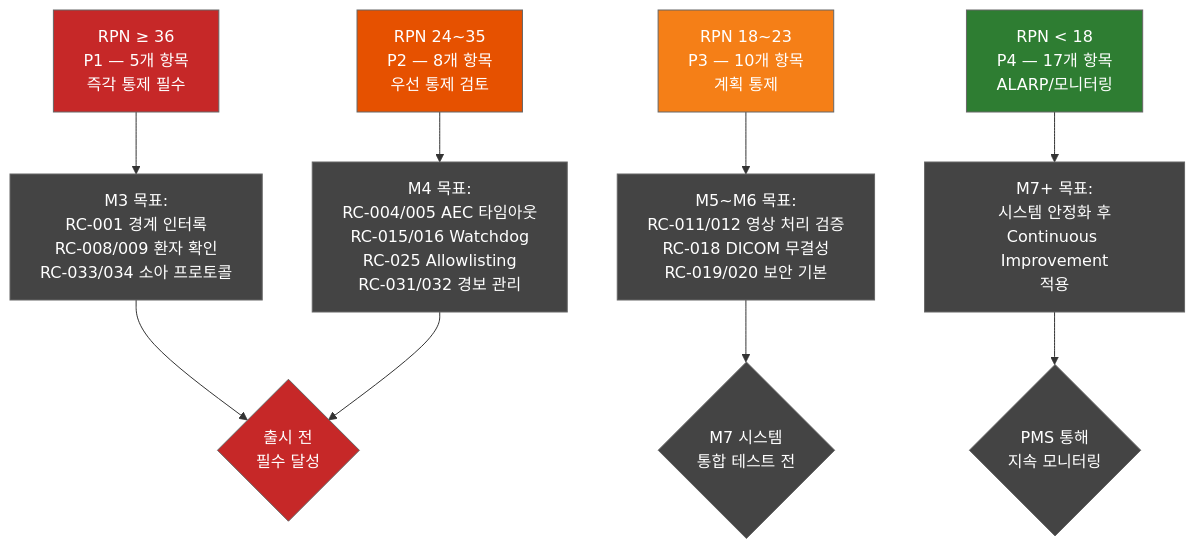
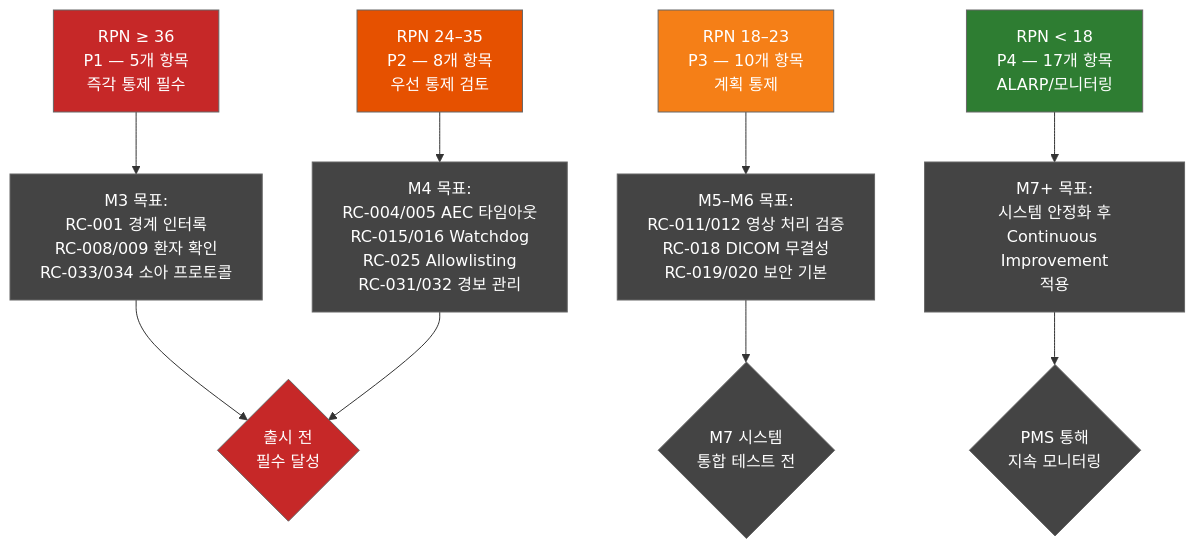
One commit to holee9/console-gui changed the tenth of 11 diagrams in docs/risk/DOC-009_FMEA_v1.0.md. Above: the diagram before and after it, drawn with Mermaid. The commit also changed other lines of this file and 39 other files, not shown here.

````diff
--- a/docs/risk/DOC-009_FMEA_v1.0.md
+++ b/docs/risk/DOC-009_FMEA_v1.0.md
@@ -735,22 +735,22 @@
 ```mermaid
 flowchart TD
     classDef default fill:#444,stroke:#666,color:#fff
     A["RPN ≥ 36\nP1 — 5개 항목\n즉각 통제 필수"] --> B["M3 목표:\nRC-001 경계 인터록\nRC-008/009 환자 확인\nRC-033/034 소아 프로토콜"]
 
-    C["RPN 24~35\nP2 — 8개 항목\n우선 통제 검토"] --> D["M4 목표:\nRC-004/005 AEC 타임아웃\nRC-015/016 Watchdog\nRC-025 Allowlisting\nRC-031/032 경보 관리"]
+    C["RPN 24–35\nP2 — 8개 항목\n우선 통제 검토"] --> D["M4 목표:\nRC-004/005 AEC 타임아웃\nRC-015/016 Watchdog\nRC-025 Allowlisting\nRC-031/032 경보 관리"]
 
-    E["RPN 18~23\nP3 — 10개 항목\n계획 통제"] --> F["M5~M6 목표:\nRC-011/012 영상 처리 검증\nRC-018 DICOM 무결성\nRC-019/020 보안 기본"]
+    E["RPN 18–23\nP3 — 10개 항목\n계획 통제"] --> F["M5–M6 목표:\nRC-011/012 영상 처리 검증\nRC-018 DICOM 무결성\nRC-019/020 보안 기본"]
 
     G["RPN < 18\nP4 — 17개 항목\nALARP/모니터링"] --> H["M7+ 목표:\n시스템 안정화 후\nContinuous Improvement\n적용"]
 
     B --> I{출시 전\n필수 달성}
     D --> I
     F --> J{M7 시스템\n통합 테스트 전}
     H --> K{PMS 통해\n지속 모니터링}
 
     style A fill:#c62828,color:#ffffff
     style C fill:#e65100,color:#ffffff
     style E fill:#f57f17,color:#ffffff
     style G fill:#2e7d32,color:#ffffff
     style I fill:#c62828,color:#ffffff
 ```
````
